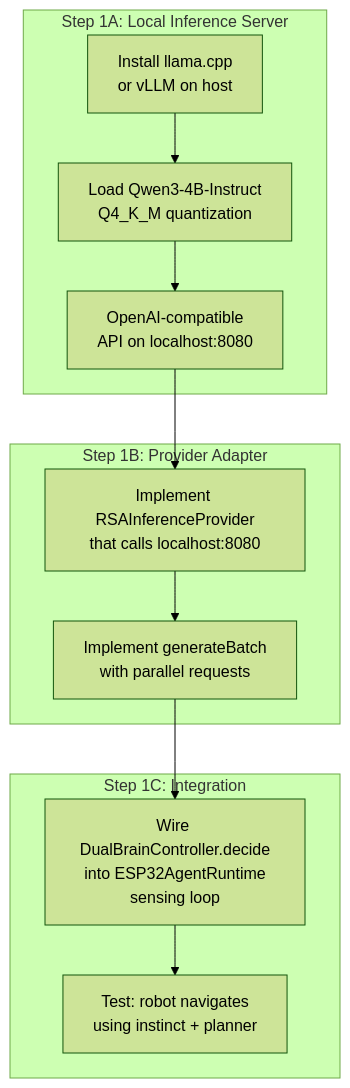
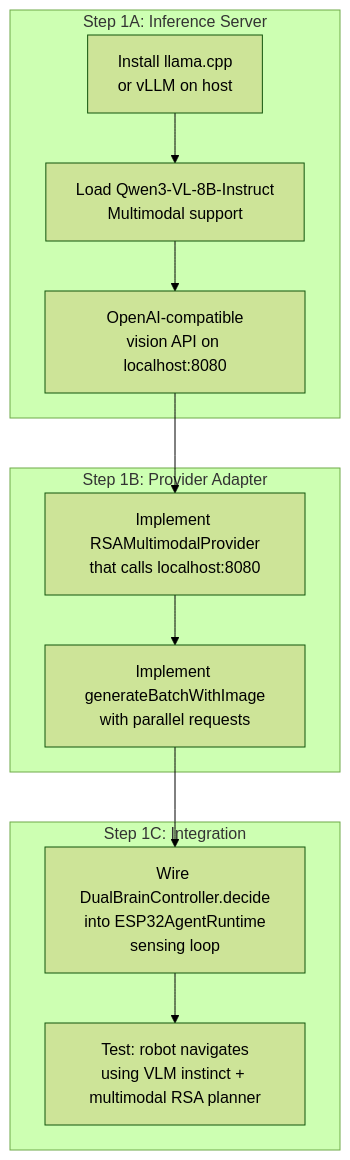
Before and after one commit to EvolvingAgentsLabs/llmos: the second of 4 diagrams in NEXT-STEPS.md, drawn with Mermaid (forest theme). The commit also changed other lines of this file and 6 other files, not shown here.

First line of the commit message:
feat: Add multimodal RSA, remove fallback options, focus on Qwen3-VL-8B

````diff
--- a/NEXT-STEPS.md
+++ b/NEXT-STEPS.md
@@ -132,20 +135,20 @@
 ```mermaid
 graph TB
-    subgraph "Step 1A: Local Inference Server"
+    subgraph "Step 1A: Inference Server"
         LLAMA[Install llama.cpp<br/>or vLLM on host]
-        QWEN[Load Qwen3-4B-Instruct<br/>Q4_K_M quantization]
-        API[OpenAI-compatible<br/>API on localhost:8080]
+        QWEN[Load Qwen3-VL-8B-Instruct<br/>Multimodal support]
+        API[OpenAI-compatible<br/>vision API on localhost:8080]
     end
 
     subgraph "Step 1B: Provider Adapter"
-        PROV[Implement RSAInferenceProvider<br/>that calls localhost:8080]
-        BATCH[Implement generateBatch<br/>with parallel requests]
+        PROV[Implement RSAMultimodalProvider<br/>that calls localhost:8080]
+        BATCH[Implement generateBatchWithImage<br/>with parallel requests]
     end
 
     subgraph "Step 1C: Integration"
         ESP[Wire DualBrainController.decide<br/>into ESP32AgentRuntime<br/>sensing loop]
-        TEST[Test: robot navigates<br/>using instinct + planner]
+        TEST[Test: robot navigates<br/>using VLM instinct + multimodal RSA planner]
     end
 
     LLAMA --> QWEN --> API --> PROV --> BATCH --> ESP --> TEST
 ```
````
